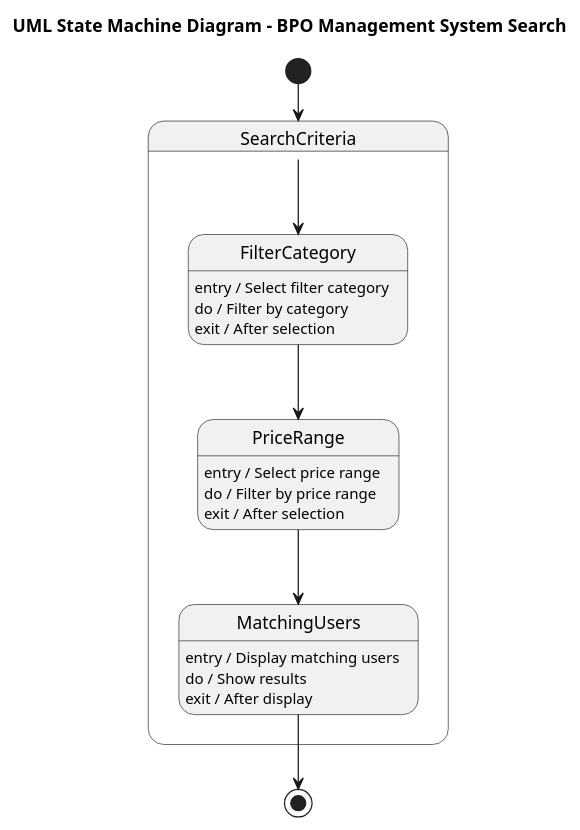
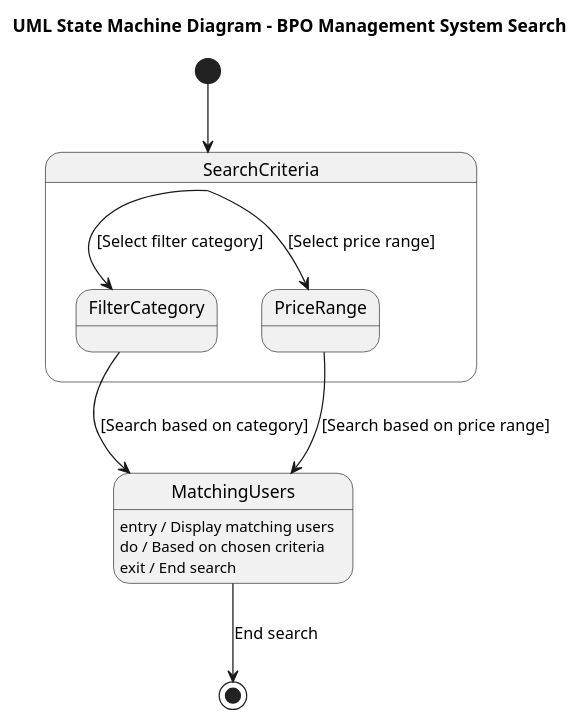
The diagram in results/plantuml_pipeline/runs/open_source__qwen25_7b_instruct__rag_validation_generator_critic_repair/case_12_business_process_outsourcing_bpo_management_system_2/run_01.repair_02.puml (maimunafaria/State_transition_Diagram_generated_by_LLM), drawn with PlantUML before and after one commit. The commit also changed 371 other files, not shown here.

```diff
--- a/results/plantuml_pipeline/runs/open_source__qwen25_7b_instruct__rag_validation_generator_critic_repair/case_12_business_process_outsourcing_bpo_management_system_2/run_01.repair_02.puml
+++ b/results/plantuml_pipeline/runs/open_source__qwen25_7b_instruct__rag_validation_generator_critic_repair/case_12_business_process_outsourcing_bpo_management_system_2/run_01.repair_02.puml
@@ -1,29 +1,21 @@
 @startuml
 title UML State Machine Diagram - BPO Management System Search
 
 [*] --> SearchCriteria
 
 state "SearchCriteria" as SearchCriteria {
-    SearchCriteria --> FilterCategory
-    FilterCategory --> PriceRange
-    PriceRange --> MatchingUsers
+    SearchCriteria --> FilterCategory : [Select filter category]
+    SearchCriteria --> PriceRange : [Select price range]
 }
 
-state "FilterCategory" as FilterCategory
-FilterCategory : entry / Select filter category
-FilterCategory : do / Filter by category
-FilterCategory : exit / After selection
-
-state "PriceRange" as PriceRange
-PriceRange : entry / Select price range
-PriceRange : do / Filter by price range
-PriceRange : exit / After selection
+FilterCategory --> MatchingUsers : [Search based on category]
+PriceRange --> MatchingUsers : [Search based on price range]
 
 state "MatchingUsers" as MatchingUsers
 MatchingUsers : entry / Display matching users
-MatchingUsers : do / Show results
-MatchingUsers : exit / After display
+MatchingUsers : do / Based on chosen criteria
+MatchingUsers : exit / End search
 
-MatchingUsers --> [*]
+MatchingUsers --> [*] : End search
 
 @enduml
```
